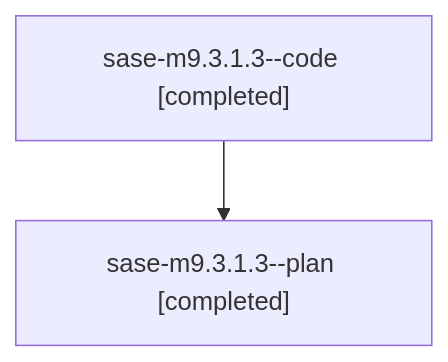
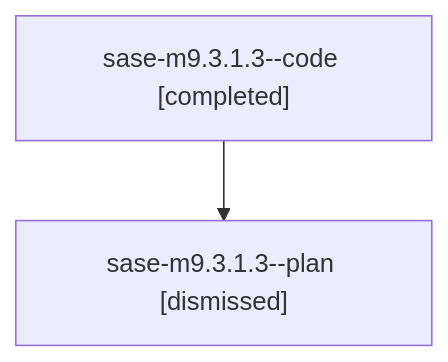
Before and after one commit to sase-org/sase--agents: the diagram in families/bbugyi200.athena.sase-m9.3.1.3.md, drawn with Mermaid. The commit also changed other lines of this file and 113 other files, not shown here.

````diff
--- a/families/bbugyi200.athena.sase-m9.3.1.3.md
+++ b/families/bbugyi200.athena.sase-m9.3.1.3.md
@@ -9,6 +9,6 @@
 ```mermaid
 flowchart TD
   n0["sase-m9.3.1.3--code [completed]"]
-  n1["sase-m9.3.1.3--plan [completed]"]
+  n1["sase-m9.3.1.3--plan [dismissed]"]
   n0 --> n1
 ```
````
